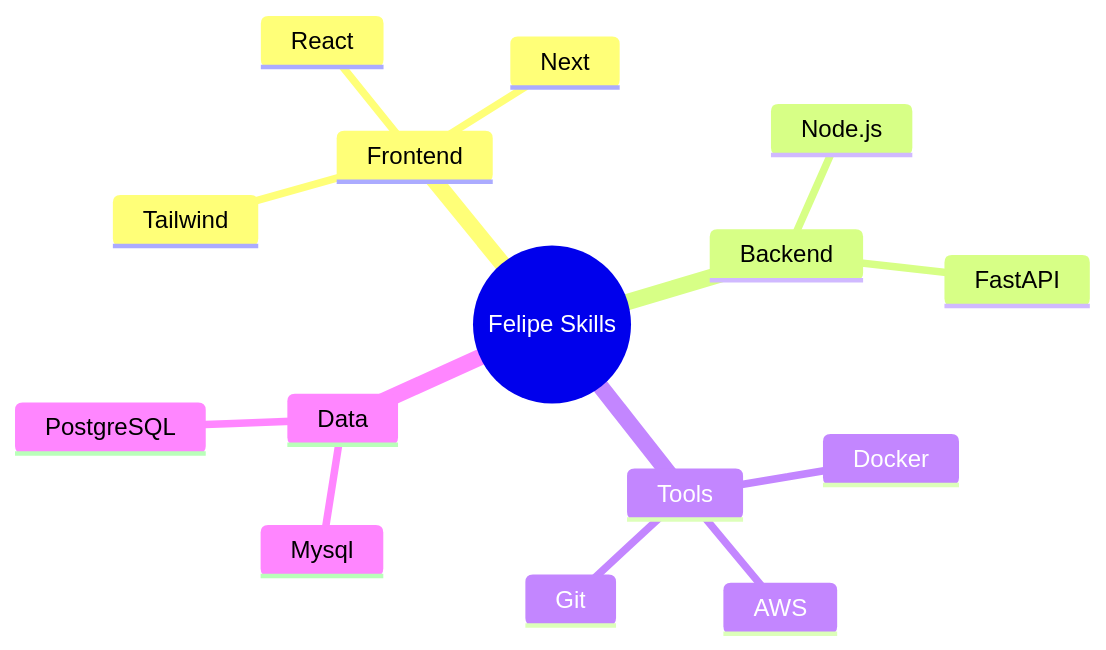
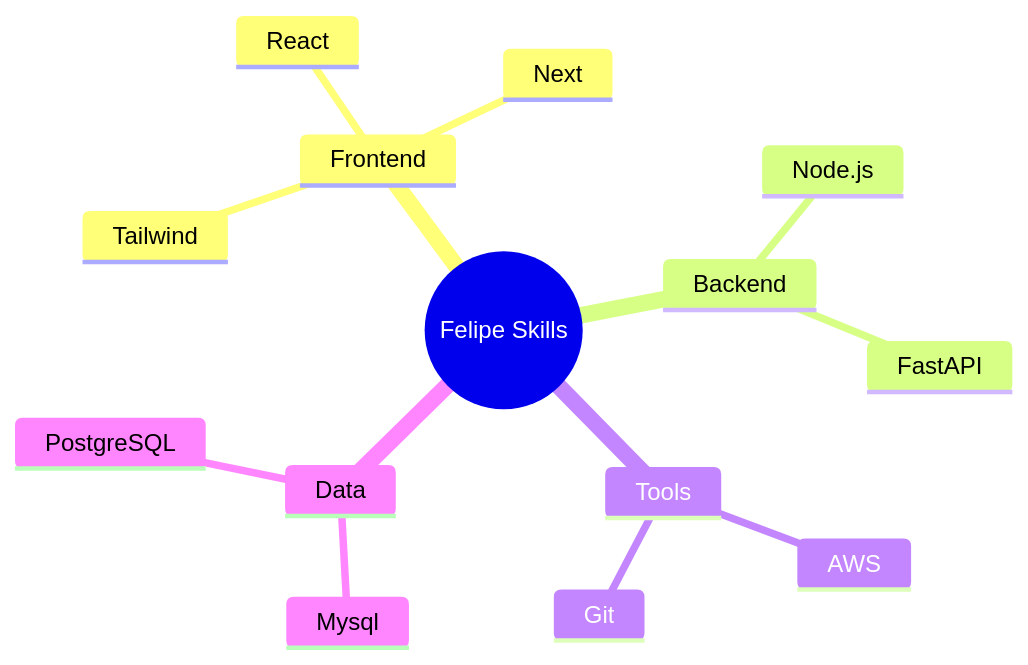
Before and after one commit to FehFernandes/FehFernandes: the diagram in README.md, drawn with Mermaid. The commit also changed other lines of this file, not shown here.

````diff
--- a/README.md
+++ b/README.md
@@ -74,21 +74,18 @@
 ```mermaid
 mindmap
   root((Felipe Skills))
     Frontend
       React
       Next
       Tailwind
     Backend
       Node.js
       FastAPI
-      
     Tools
       AWS
-      Docker
       Git
-
     Data
       Mysql
       PostgreSQL
 
 ```
````
